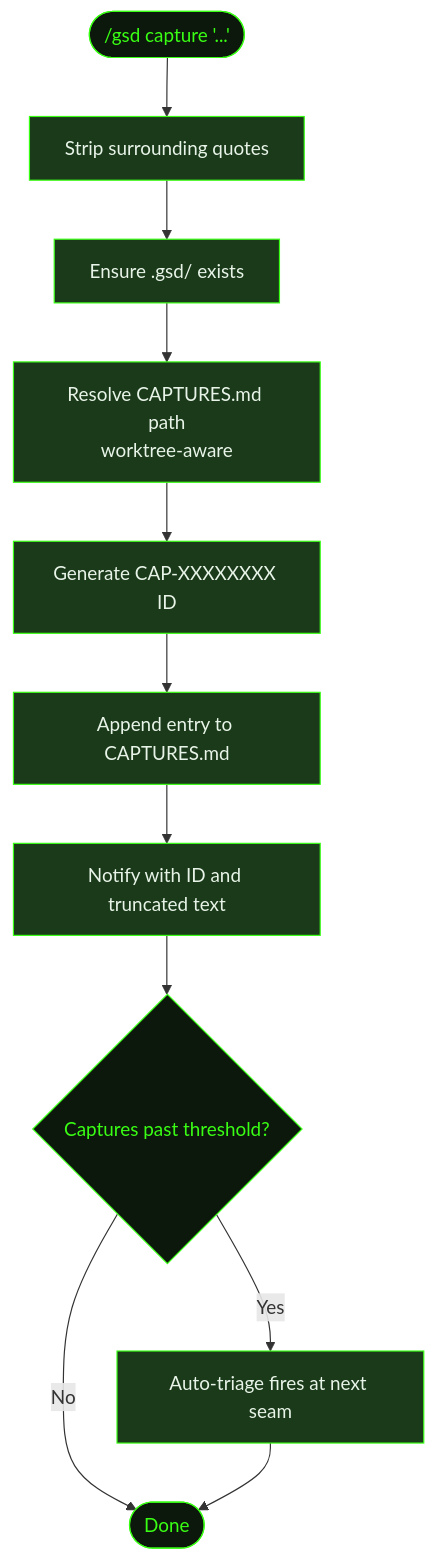
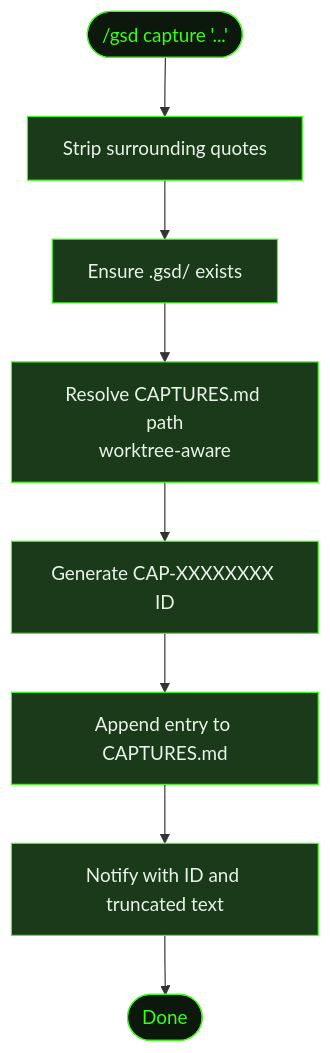
Before and after one commit to shusha-group/gsd2-guide: the diagram in src/content/docs/commands/capture.mdx, drawn with Mermaid. The commit also changed other lines of this file and 11 other files, not shown here.

````diff
--- a/src/content/docs/commands/capture.mdx
+++ b/src/content/docs/commands/capture.mdx
@@ -32,24 +32,19 @@
 ```mermaid
 flowchart TD
     Start(["/gsd capture '...'"]) --> Parse[Strip surrounding quotes]
     Parse --> EnsureDir[Ensure .gsd/ exists]
     EnsureDir --> Resolve[Resolve CAPTURES.md path<br/>worktree-aware]
     Resolve --> GenID[Generate CAP-XXXXXXXX ID]
     GenID --> Append[Append entry to CAPTURES.md]
     Append --> Notify[Notify with ID and truncated text]
-    Notify --> Threshold{Captures past threshold?}
-    Threshold -->|Yes| AutoTriage[Auto-triage fires at next seam]
-    Threshold -->|No| Done([Done])
-    AutoTriage --> Done
+    Notify --> Done([Done])
 
     style Start fill:#0d180d,stroke:#39ff14,color:#39ff14
-    style Threshold fill:#0d180d,stroke:#39ff14,color:#39ff14
     style Done fill:#0d180d,stroke:#39ff14,color:#39ff14
     style Parse fill:#1a3a1a,stroke:#39ff14,color:#e8f4e8
     style EnsureDir fill:#1a3a1a,stroke:#39ff14,color:#e8f4e8
     style Resolve fill:#1a3a1a,stroke:#39ff14,color:#e8f4e8
     style GenID fill:#1a3a1a,stroke:#39ff14,color:#e8f4e8
     style Append fill:#1a3a1a,stroke:#39ff14,color:#e8f4e8
     style Notify fill:#1a3a1a,stroke:#39ff14,color:#e8f4e8
-    style AutoTriage fill:#1a3a1a,stroke:#39ff14,color:#e8f4e8
 ```
````
